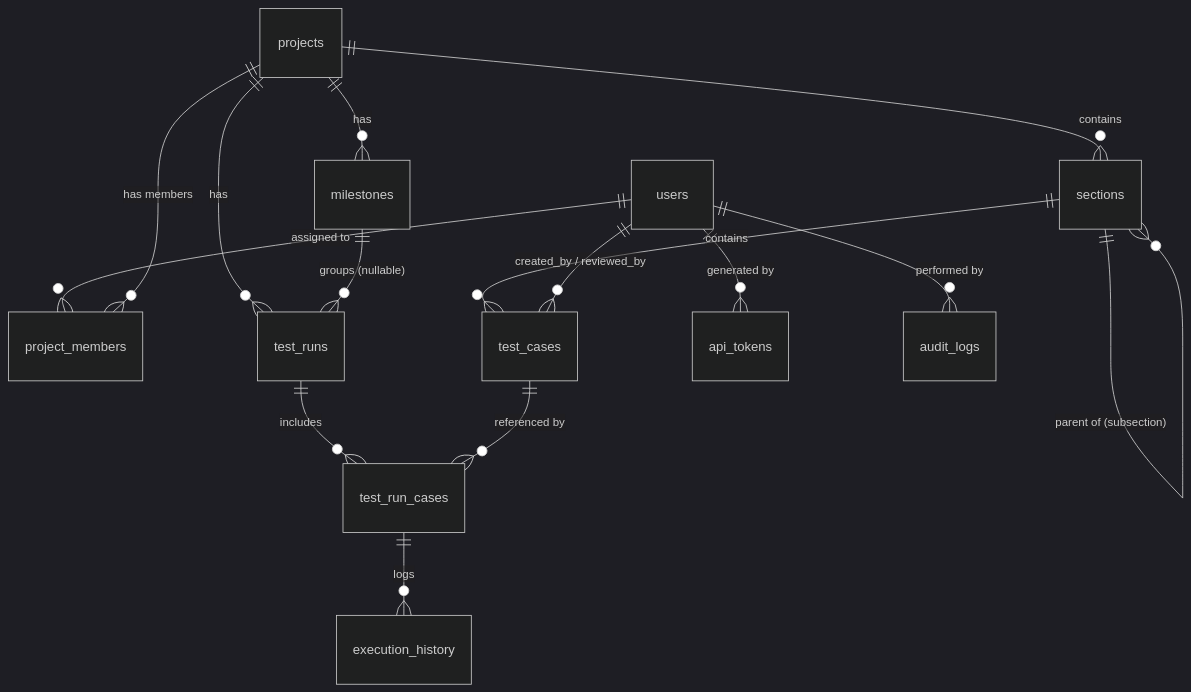
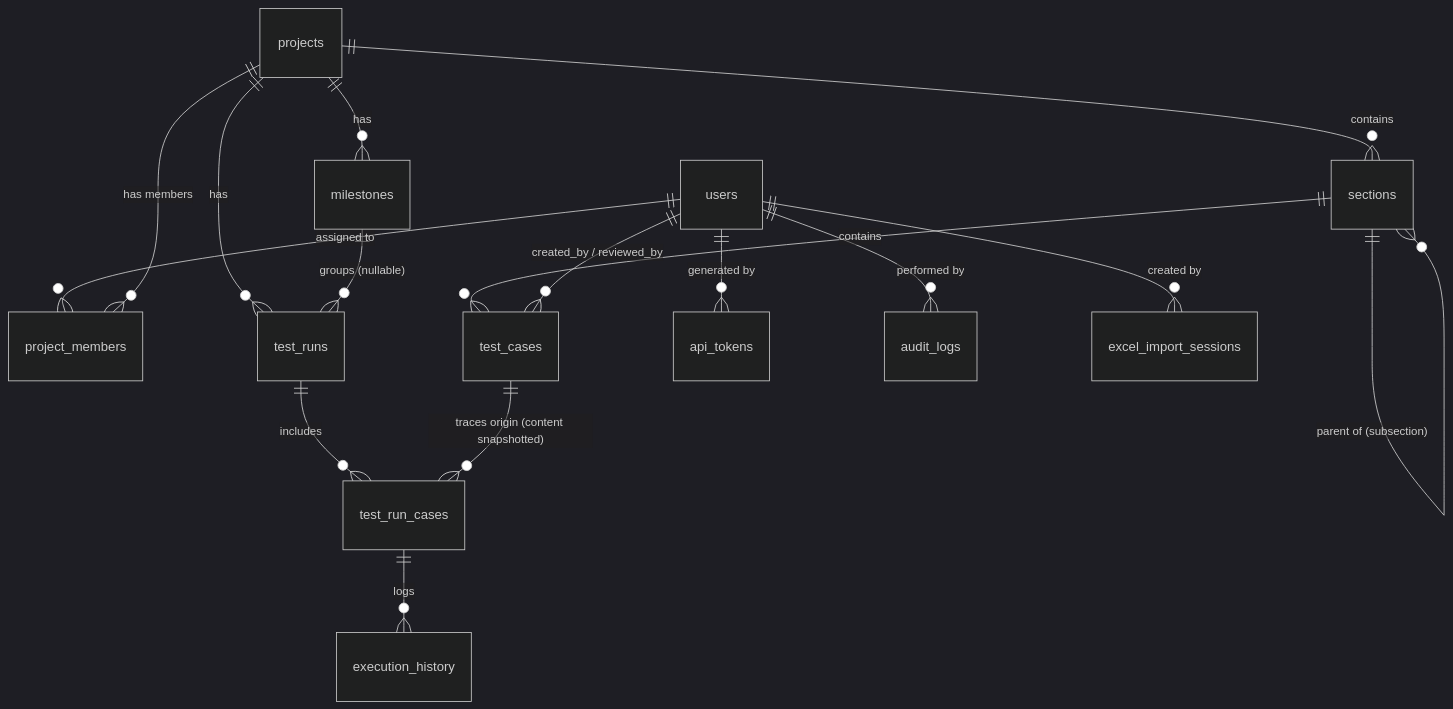
One commit to HuyMU/TestHub changed the third of 3 diagrams in AI_CONTEXT.md. Above: the diagram before and after it, drawn with Mermaid (dark theme). The commit also changed other lines of this file and 23 other files, not shown here.

````diff
--- a/AI_CONTEXT.md
+++ b/AI_CONTEXT.md
@@ -47,17 +47,18 @@
 ```mermaid
 erDiagram
     users ||--o{ project_members : "assigned to"
     projects ||--o{ project_members : "has members"
     projects ||--o{ sections : "contains"
     sections ||--o{ sections : "parent of (subsection)"
     sections ||--o{ test_cases : "contains"
     projects ||--o{ milestones : "has"
     projects ||--o{ test_runs : "has"
     milestones ||--o{ test_runs : "groups (nullable)"
     test_runs ||--o{ test_run_cases : "includes"
-    test_cases ||--o{ test_run_cases : "referenced by"
+    test_cases ||--o{ test_run_cases : "traces origin (content snapshotted)"
     test_run_cases ||--o{ execution_history : "logs"
     users ||--o{ test_cases : "created_by / reviewed_by"
     users ||--o{ api_tokens : "generated by"
     users ||--o{ audit_logs : "performed by"
+    users ||--o{ excel_import_sessions : "created by"
 ```
````
